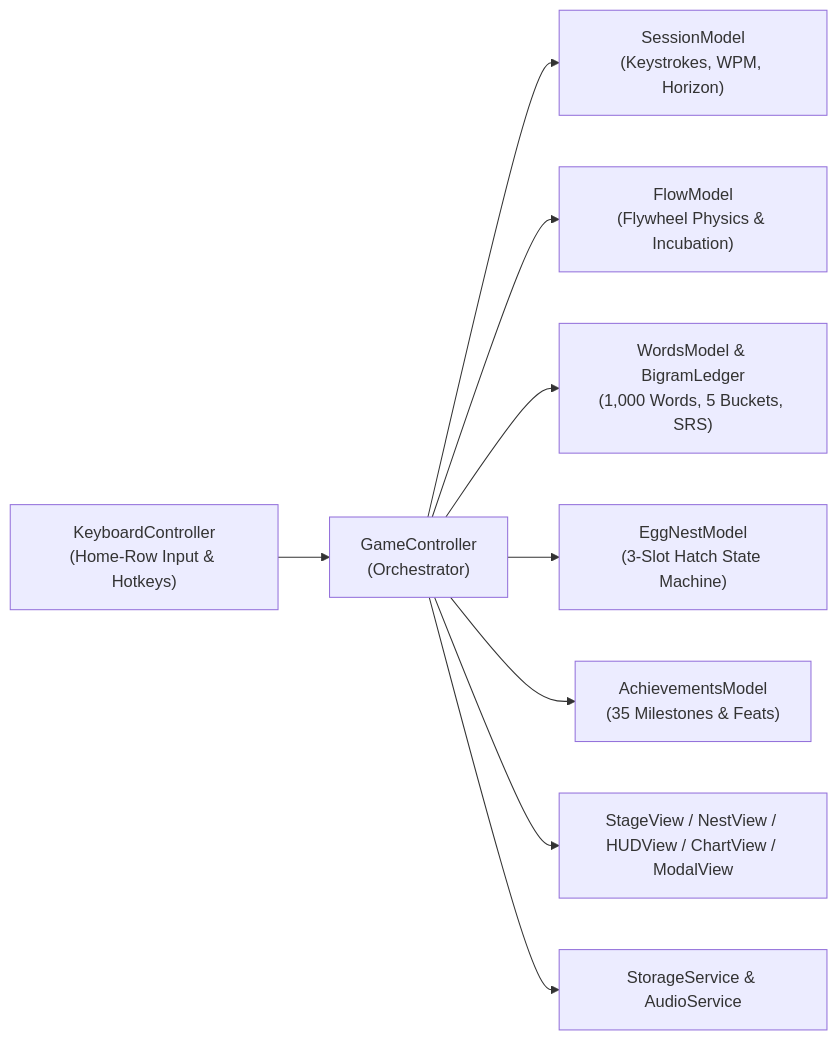
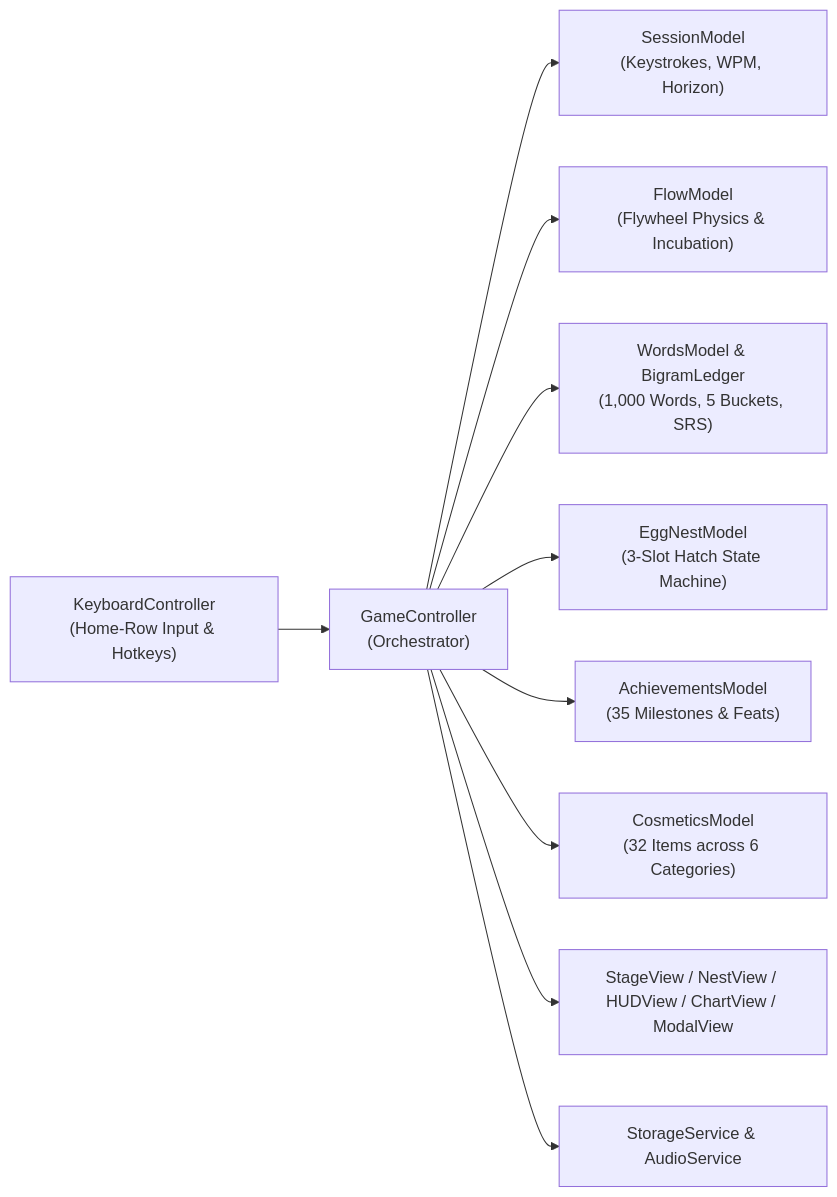
One commit to nowitstime/typeflow changed the diagram in README.md. Above: the diagram before and after it, drawn with Mermaid. The commit also changed other lines of this file and 13 other files, not shown here.

Commit message:
feat(v4.1): implement Flow State performance recap, timeline graph, and ambient pill

````diff
--- a/README.md
+++ b/README.md
@@ -111,11 +127,12 @@
 ```mermaid
 flowchart LR
     KC["KeyboardController<br/>(Home-Row Input & Hotkeys)"] --> GC["GameController<br/>(Orchestrator)"]
     GC --> SM["SessionModel<br/>(Keystrokes, WPM, Horizon)"]
     GC --> FM["FlowModel<br/>(Flywheel Physics & Incubation)"]
     GC --> WM["WordsModel & BigramLedger<br/>(1,000 Words, 5 Buckets, SRS)"]
     GC --> ENM["EggNestModel<br/>(3-Slot Hatch State Machine)"]
     GC --> AM["AchievementsModel<br/>(35 Milestones & Feats)"]
+    GC --> CM["CosmeticsModel<br/>(32 Items across 6 Categories)"]
     GC --> SV["StageView / NestView / HUDView / ChartView / ModalView"]
     GC --> SS["StorageService & AudioService"]
 ```
````
